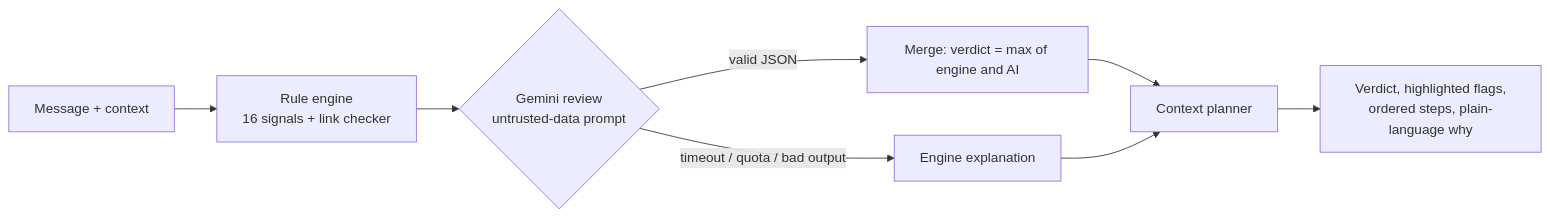
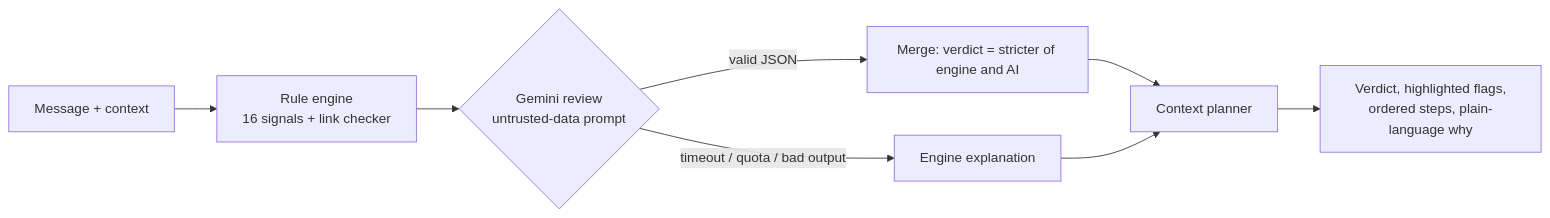
Before and after one commit to Harsha-code-per/RukJao: the diagram in README.md, drawn with Mermaid. The commit also changed other lines of this file and 9 other files, not shown here.

Commit message:
Fix phone zoom-out: clip the landing stamp inside the result card, with a per-frame overflow e2e test; professional README, architecture decisions, measured code-quality audit, .env.example, .editorconfig

````diff
--- a/README.md
+++ b/README.md
@@ -15,10 +61,10 @@
 ```mermaid
 flowchart LR
   A[Message + context] --> B[Rule engine<br/>16 signals + link checker]
   B --> C{Gemini review<br/>untrusted-data prompt}
-  C -->|valid JSON| D[Merge: verdict = max of engine and AI]
+  C -->|valid JSON| D[Merge: verdict = stricter of engine and AI]
   C -->|timeout / quota / bad output| E[Engine explanation]
   D --> F[Context planner]
   E --> F
   F --> G[Verdict, highlighted flags,<br/>ordered steps, plain-language why]
 ```
````
